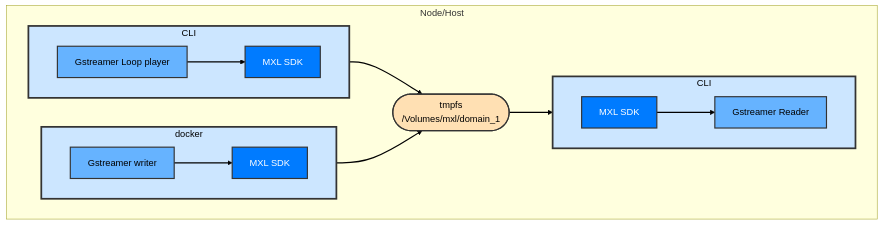
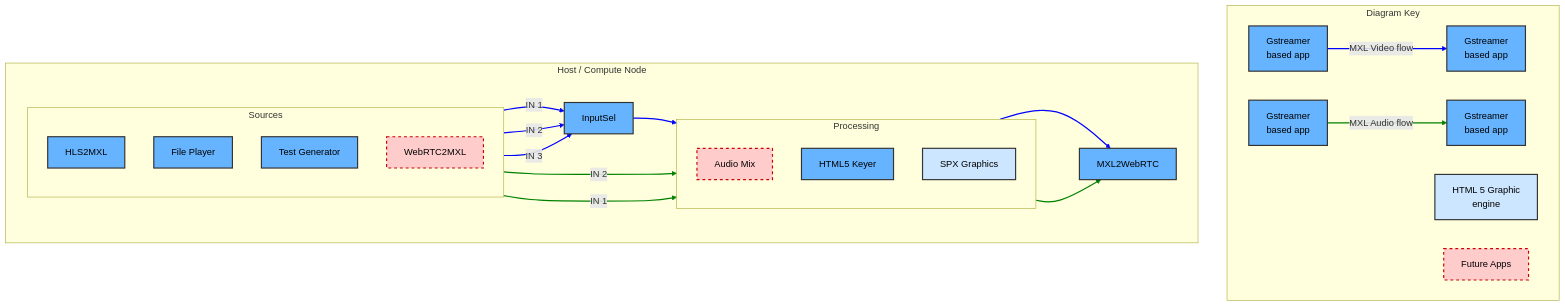
One commit to cbcrc/mxl-hands-on changed the diagram in Exercises/Exercise4.md. Above: the diagram before and after it, drawn with Mermaid. The commit also changed other lines of this file and 23 other files, not shown here.

Commit message:
Update of demo images and refactor of exercise 3 to use webRTC player instead of a VNC linux image.

````diff
--- a/Exercises/Exercise4.md
+++ b/Exercises/Exercise4.md
@@ -11,45 +7,87 @@
 ```mermaid
-   graph
-      direction LR
-         subgraph Node/Host
-            subgraph docker_writer [docker]
-                  direction LR
-                  gstreamer_writer[Gstreamer writer]
-                  mxl_sdk_writer[MXL SDK]
-                  gstreamer_writer --> mxl_sdk_writer
+    flowchart LR
+        subgraph HostNode [Host / Compute Node]
+            direction LR
+
+            %% --- Stage 1: Sources ---
+            subgraph Sources [Sources]
+                direction TB
+                HLS2MXL[HLS2MXL]
+                LoopPlayer[File Player]
+                TestGen[Test Generator]
+                WebRTC2MXL[WebRTC2MXL]
             end
 
-            subgraph Host_writer [CLI]
-                direction LR
-                gstreamer_loop_player[Gstreamer Loop player]
-                mxl_sdk_writer_2[MXL SDK]
-                gstreamer_loop_player --> mxl_sdk_writer_2
-            end
-            
-            subgraph Host_reader [CLI]
-                  direction LR
-                  gstreamer_reader[Gstreamer Reader]
-                  mxl_sdk_reader[MXL SDK]
-                  mxl_sdk_reader --> gstreamer_reader
+            %% --- Stage 2: Processing ---
+            subgraph Processing [Processing]
+                direction TB
+                AudioMix[Audio Mix]
+                HTML5Keyer[HTML5 Keyer]
+                SPXGraphics[SPX Graphics]
             end
 
-            tmpfs([tmpfs<br>/Volumes/mxl/domain_1])
+            %% --- Stage 3: Output ---
+            MXL2WebRTC[MXL2WebRTC]
 
-            mxl_sdk_writer --> tmpfs
-            mxl_sdk_writer_2 --> tmpfs
-            tmpfs --> mxl_sdk_reader
-         end
+            %% =========================================
+            %% CONNECTIONS
+            %% =========================================
 
-         %% Styling
-         linkStyle default stroke:black,stroke-width:2px
-         style docker_writer fill:#cce6ff,color:black,stroke:#333,stroke-width:3px
-         style Host_reader fill:#cce6ff,color:black,stroke:#333,stroke-width:3px
-         style Host_writer fill:#cce6ff,color:black,stroke:#333,stroke-width:3px
-         style gstreamer_writer fill:#66b3ff,color:black,stroke:#333,stroke-width:2px
-         style gstreamer_reader fill:#66b3ff,color:black,stroke:#333,stroke-width:2px
-         style gstreamer_loop_player fill:#66b3ff,color:black,stroke:#333,stroke-width:2px
-         style mxl_sdk_writer fill:#007bff,color:black,stroke:#333,stroke-width:2px,color:#fff
-         style mxl_sdk_reader fill:#007bff,color:black,stroke:#333,stroke-width:2px,color:#fff
-         style mxl_sdk_writer_2 fill:#007bff,color:black,stroke:#333,stroke-width:2px,color:#fff
-         style tmpfs fill:#ffe0b3,color:black,stroke:#333,stroke-width:2px
+            %% --- Solid Video (blue) Connections (Indices 0 to 4) ---
+            %% Video Sources to Input selector
+            HLS2MXL -- IN 1 --> InputSel
+            LoopPlayer -- IN 2--> InputSel
+            TestGen -- IN 3 --> InputSel
+            
+
+            %% Input Selector to Processing
+            InputSel --> HTML5Keyer
+            
+            %% Processing to Output
+            HTML5Keyer --> MXL2WebRTC
+
+            %% --- Solid Audio (green) Connection (Indices 5 to 7) ---
+            %% Audio Sources to Audio Mixer
+            WebRTC2MXL -- IN 2 --> AudioMix
+            HLS2MXL -- IN 1 --> AudioMix
+
+            %% Audio Processing to/From MXL
+            AudioMix --> MXL2WebRTC
+
+        end
+
+        %% --- Legend (Outside the Compute Node) (Indices 8 to 10) ---
+    subgraph Legend [Diagram Key]
+        direction LR
+        k1[Gstreamer</br>based app] -- MXL Video flow --> kt1[Gstreamer</br>based app]
+        k2[Gstreamer</br>based app] -- MXL Audio flow --> kt2[Gstreamer</br>based app]
+        k4[HTML 5 Graphic</br>engine]
+        k5[Future Apps]
+    end
+
+    %% Positioning the legend below the main node
+    HostNode ~~~ Legend
+
+        %% ===========================================
+        %% STYLING
+        %% ===========================================
+
+        %% Node Styling
+        classDef gstreamer fill:#66b3ff,color:black,stroke:#333,stroke-width:2px;
+        classDef control fill:#007bff,color:#fff,stroke:#333,stroke-width:2px;
+        classDef other fill:#cce6ff,color:black,stroke:#333,stroke-width:2px;
+        classDef future fill:#ffcccc,color:black,stroke:#cc0000,stroke-width:2px,stroke-dasharray:5 5
+
+        class HLS2MXL,LoopPlayer,TestGen,InputSel,HTML5Keyer,MXL2WebRTC,k1,kt1,k2,kt2,k3 gstreamer
+        class WebRTC2MXL,AudioMix,k5 future
+        class NmosRegistry,DummyNmosNode,NmosController,kt3 control
+        class SPXGraphics,k4 other
+
+        %% Link Styling
+        %% Solid blue for video connections
+        linkStyle 0,1,2,3,4,8 stroke:blue,stroke-width:2px
+
+        %% Solid green for audio connections
+        linkStyle 5,6,7,9 stroke:green,stroke-width:2px
+
 ```
````
